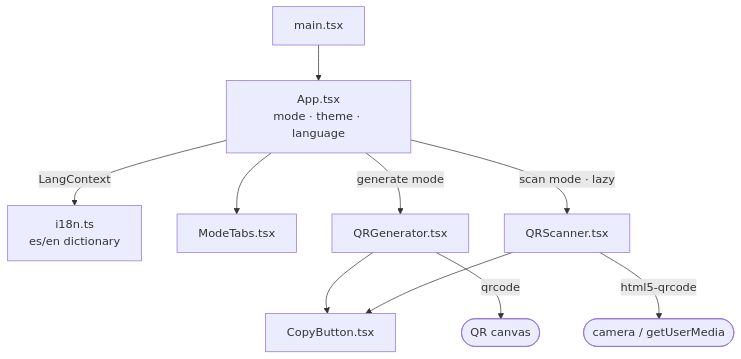
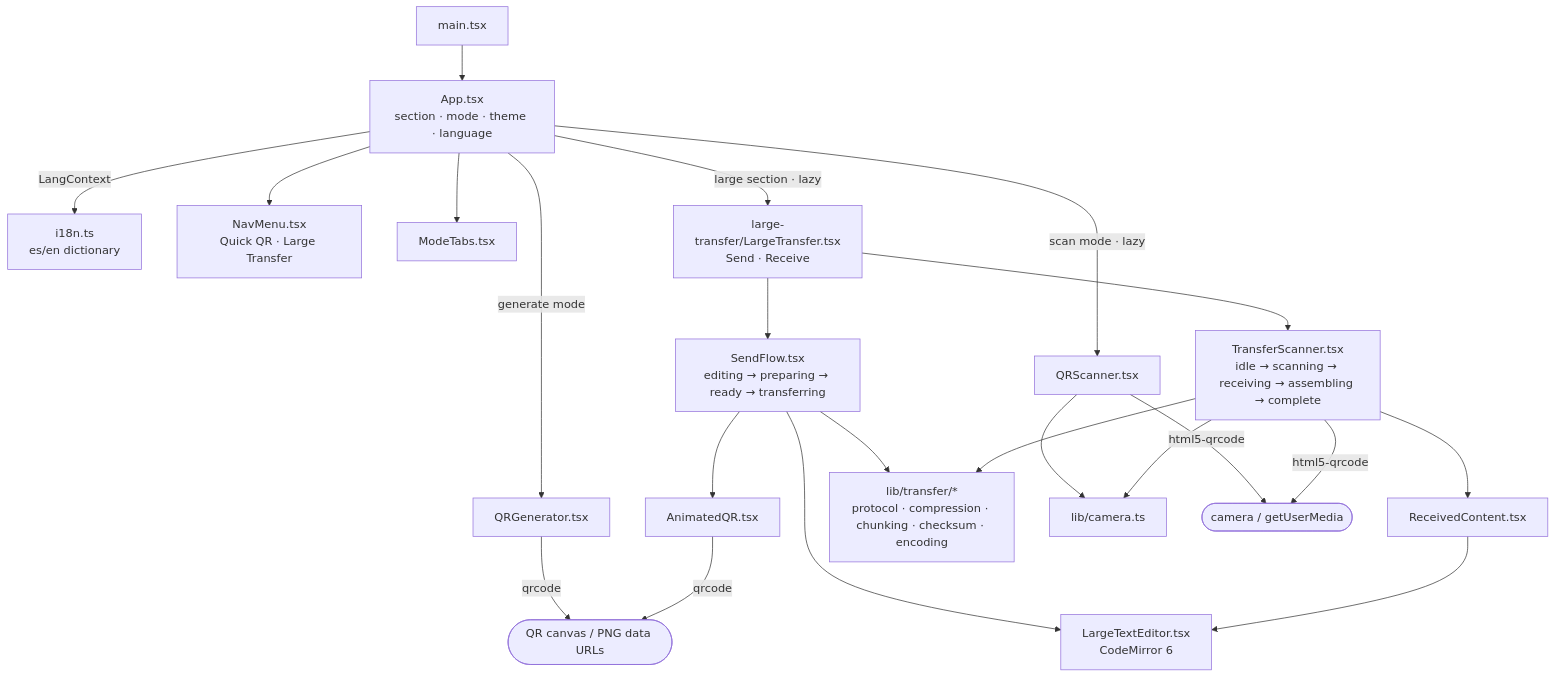
One commit to nico0695/qr-transfer changed the diagram in docs/technical-overview.md. Above: the diagram before and after it, drawn with Mermaid. The commit also changed other lines of this file and 57 other files, not shown here.

Commit message:
feat(large-transfer): file transfer, protocol v2 and transfer profiles

````diff
--- a/docs/technical-overview.md
+++ b/docs/technical-overview.md
@@ -44,12 +58,20 @@
 ```mermaid
 flowchart TD
-    main[main.tsx] --> App[App.tsx<br/>mode · theme · language]
+    main[main.tsx] --> App[App.tsx<br/>section · mode · theme · language]
     App -->|LangContext| i18n[i18n.ts<br/>es/en dictionary]
+    App --> Nav[NavMenu.tsx<br/>Quick QR · Large Transfer]
     App --> ModeTabs[ModeTabs.tsx]
     App -->|generate mode| Gen[QRGenerator.tsx]
     App -->|scan mode · lazy| Scan[QRScanner.tsx]
-    Gen --> Copy[CopyButton.tsx]
-    Scan --> Copy
-    Gen -->|qrcode| Canvas([QR canvas])
-    Scan -->|html5-qrcode| Camera([camera / getUserMedia])
+    App -->|large section · lazy| LT[large-transfer/LargeTransfer.tsx<br/>Send · Receive]
+    LT --> SendFlow[SendFlow.tsx<br/>editing → preparing → ready → transferring]
+    LT --> Receiver[TransferScanner.tsx<br/>idle → scanning → receiving → assembling → complete]
+    SendFlow --> Editor[LargeTextEditor.tsx<br/>CodeMirror 6]
+    SendFlow --> AQR[AnimatedQR.tsx]
+    Receiver --> Received[ReceivedContent.tsx]
+    Received --> Editor
+    SendFlow & Receiver --> Lib[lib/transfer/*<br/>protocol · compression · chunking · checksum · encoding]
+    Scan & Receiver --> Cam[lib/camera.ts]
+    Gen & AQR -->|qrcode| QR([QR canvas / PNG data URLs])
+    Scan & Receiver -->|html5-qrcode| Camera([camera / getUserMedia])
 ```
````
